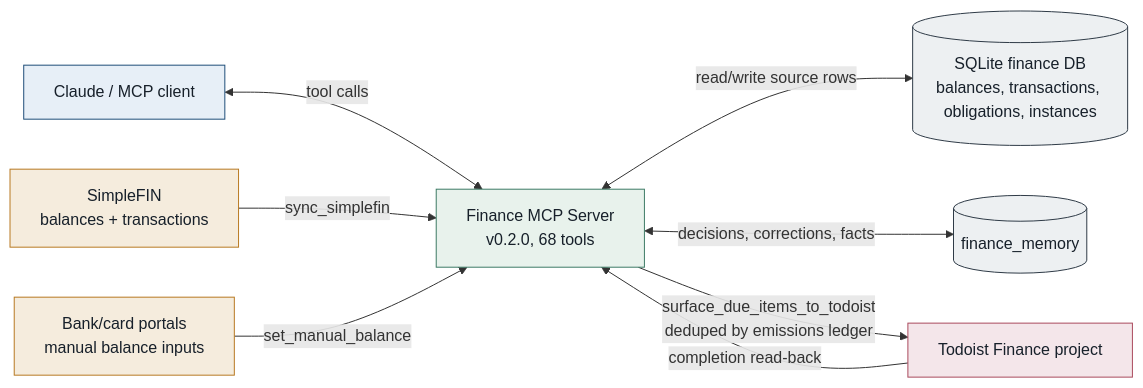
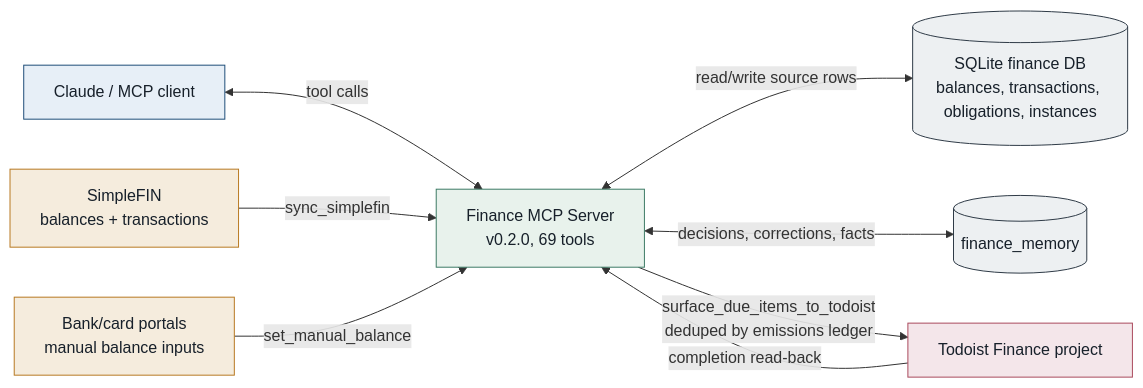
Before and after one commit to albeorla/personal-finance-agent: the first of 2 diagrams in README.md, drawn with Mermaid. The commit also changed other lines of this file and 6 other files, not shown here.

````diff
--- a/README.md
+++ b/README.md
@@ -13,24 +13,24 @@
 ```mermaid
 flowchart LR
-    Claude["Claude / MCP client"] <-->|"tool calls"| Server["Finance MCP Server<br/>v0.2.0, 68 tools"]
+    Claude["Claude / MCP client"] <-->|"tool calls"| Server["Finance MCP Server<br/>v0.2.0, 69 tools"]
 
     SimpleFIN["SimpleFIN<br/>balances + transactions"] -->|"sync_simplefin"| Server
     Portals["Bank/card portals<br/>manual balance inputs"] -->|"set_manual_balance"| Server
 
     Server <-->|"read/write source rows"| SQLite[("SQLite finance DB<br/>balances, transactions, obligations, instances")]
     Server <-->|"decisions, corrections, facts"| Memory[("finance_memory")]
 
     Server -->|"surface_due_items_to_todoist<br/>deduped by emissions ledger"| Todoist["Todoist Finance project"]
     Todoist -->|"completion read-back"| Server
 
     classDef client fill:#e7eff7,stroke:#1f4e79,color:#17202a
     classDef server fill:#e8f2ec,stroke:#3d7b65,color:#17202a
     classDef source fill:#f5ecdd,stroke:#b87922,color:#17202a
     classDef output fill:#f4e6ea,stroke:#aa4a5d,color:#17202a
     classDef store fill:#edf0f2,stroke:#2f3b47,color:#17202a
     class Claude client
     class Server server
     class SimpleFIN,Portals source
     class Todoist output
     class SQLite,Memory store
 ```
````
